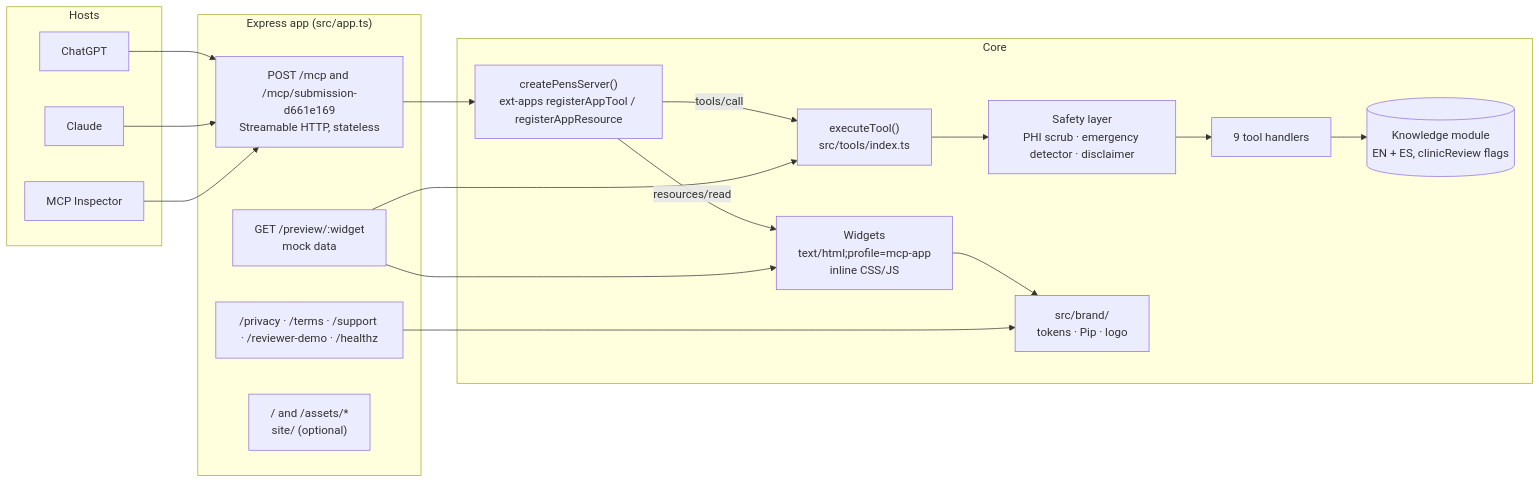
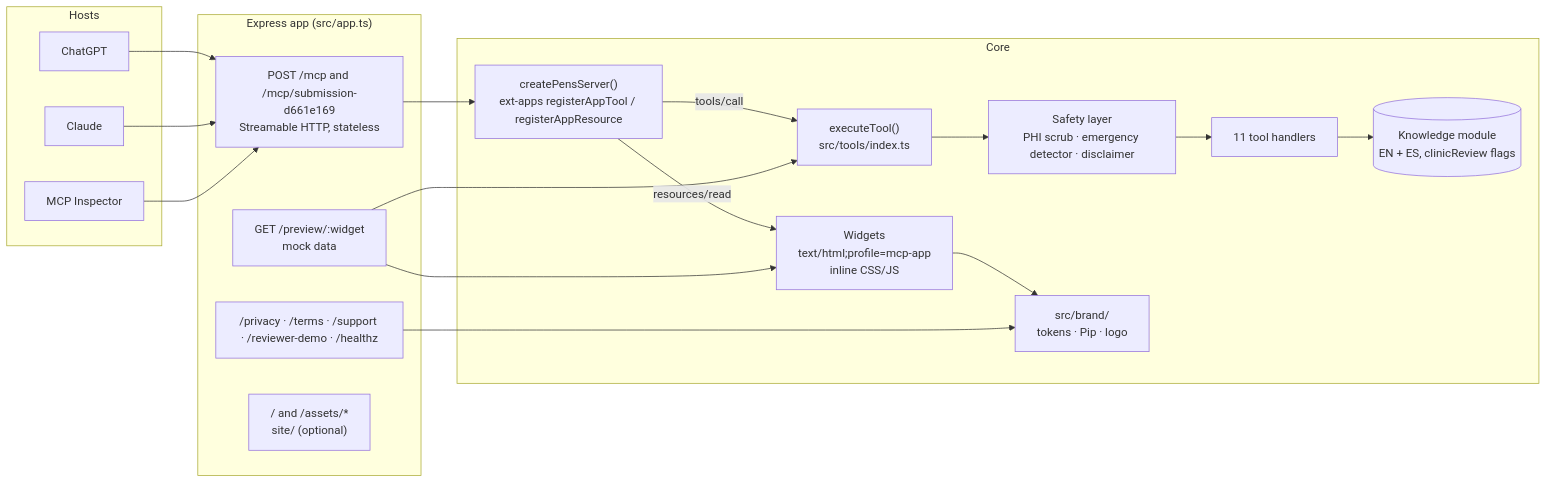
One commit to Ripnrip/pens-family-guide changed the first of 3 diagrams in README.md. Above: the diagram before and after it, drawn with Mermaid. The commit also changed other lines of this file and 37 other files, not shown here.

````diff
--- a/README.md
+++ b/README.md
@@ -38,34 +39,34 @@
 ```mermaid
 flowchart LR
   subgraph Hosts
     GPT[ChatGPT]
     CL[Claude]
     INS[MCP Inspector]
   end
   subgraph Server["Express app (src/app.ts)"]
     MCP["POST /mcp and /mcp/submission-d661e169<br/>Streamable HTTP, stateless"]
     PREV["GET /preview/:widget<br/>mock data"]
     PAGES["/privacy · /terms · /support · /reviewer-demo · /healthz"]
     SITE["/ and /assets/*<br/>site/ (optional)"]
   end
   subgraph Core
     REG["createPensServer()<br/>ext-apps registerAppTool / registerAppResource"]
     EXEC["executeTool()<br/>src/tools/index.ts"]
     SAFE["Safety layer<br/>PHI scrub · emergency detector · disclaimer"]
-    TOOLS["9 tool handlers"]
+    TOOLS["11 tool handlers"]
     CONTENT[("Knowledge module<br/>EN + ES, clinicReview flags")]
     WID["Widgets<br/>text/html;profile=mcp-app<br/>inline CSS/JS"]
     BRAND["src/brand/<br/>tokens · Pip · logo"]
   end
   GPT --> MCP
   CL --> MCP
   INS --> MCP
   MCP --> REG
   REG -->|tools/call| EXEC
   REG -->|resources/read| WID
   PREV --> EXEC
   PREV --> WID
   EXEC --> SAFE --> TOOLS --> CONTENT
   WID --> BRAND
   PAGES --> BRAND
 ```
````
